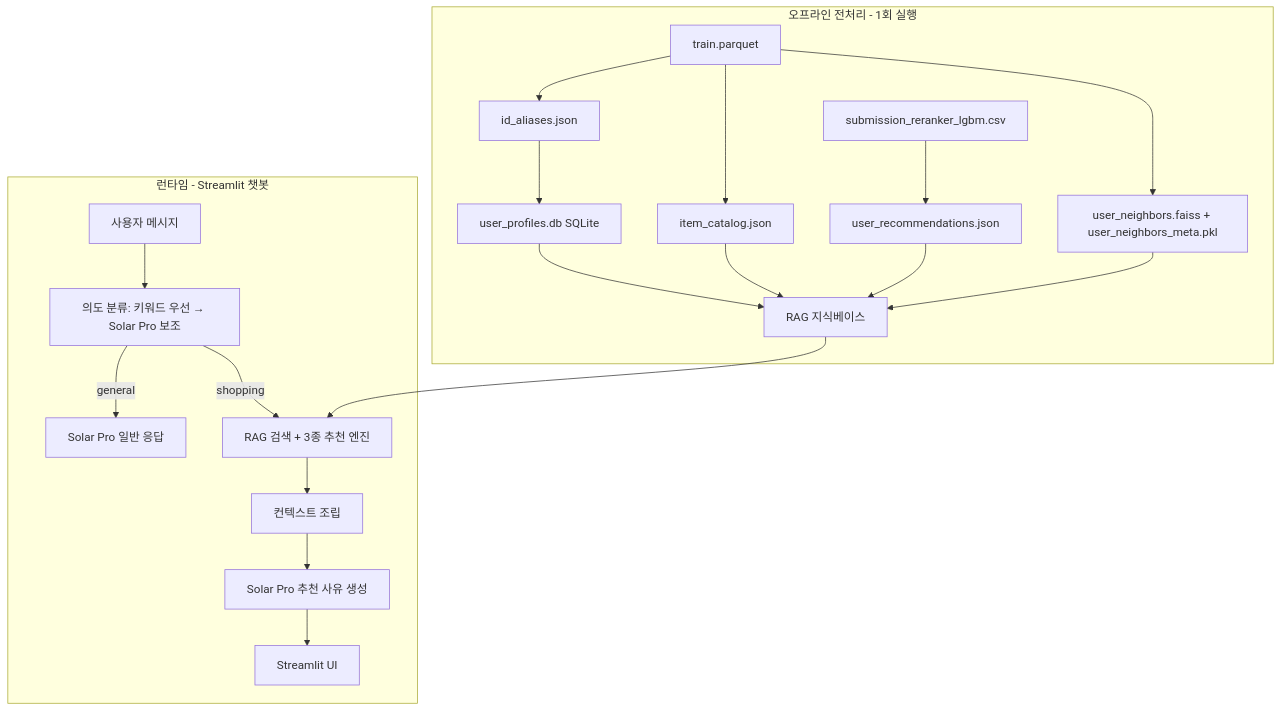
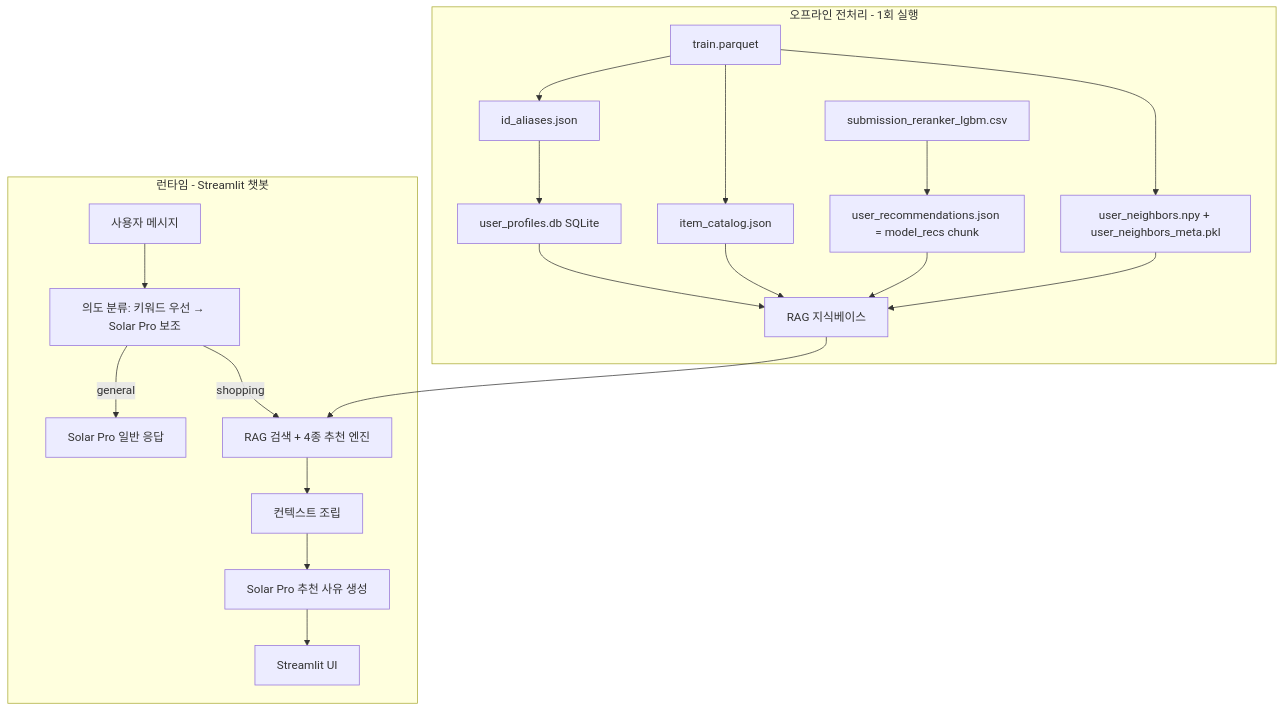
One commit to WanYoung-Oh/recsys changed the first of 2 diagrams in docs/LLM_Based_EC_RecSys_MVP.md. Above: the diagram before and after it, drawn with Mermaid. The commit also changed other lines of this file and 2 other files, not shown here.

````diff
--- a/docs/LLM_Based_EC_RecSys_MVP.md
+++ b/docs/LLM_Based_EC_RecSys_MVP.md
@@ -27,28 +27,28 @@
 ```mermaid
 flowchart TB
   subgraph offline [오프라인 전처리 - 1회 실행]
     train[train.parquet]
     sub[submission_reranker_lgbm.csv]
     train --> aliasMap[id_aliases.json]
     aliasMap --> profiles[user_profiles.db SQLite]
     train --> items[item_catalog.json]
-    train --> simIndex[user_neighbors.faiss + user_neighbors_meta.pkl]
-    sub --> recIndex[user_recommendations.json]
+    train --> simIndex[user_neighbors.npy + user_neighbors_meta.pkl]
+    sub --> recIndex[user_recommendations.json = model_recs chunk]
     profiles --> ragStore[RAG 지식베이스]
     items --> ragStore
     recIndex --> ragStore
     simIndex --> ragStore
   end
 
   subgraph runtime [런타임 - Streamlit 챗봇]
     user[사용자 메시지]
     user --> router[의도 분류: 키워드 우선 → Solar Pro 보조]
     router -->|general| solarChat[Solar Pro 일반 응답]
-    router -->|shopping| retriever[RAG 검색 + 3종 추천 엔진]
+    router -->|shopping| retriever[RAG 검색 + 4종 추천 엔진]
     retriever --> context[컨텍스트 조립]
     context --> solarRec[Solar Pro 추천 사유 생성]
     solarRec --> ui[Streamlit UI]
   end
 
   ragStore --> retriever
 ```
````
